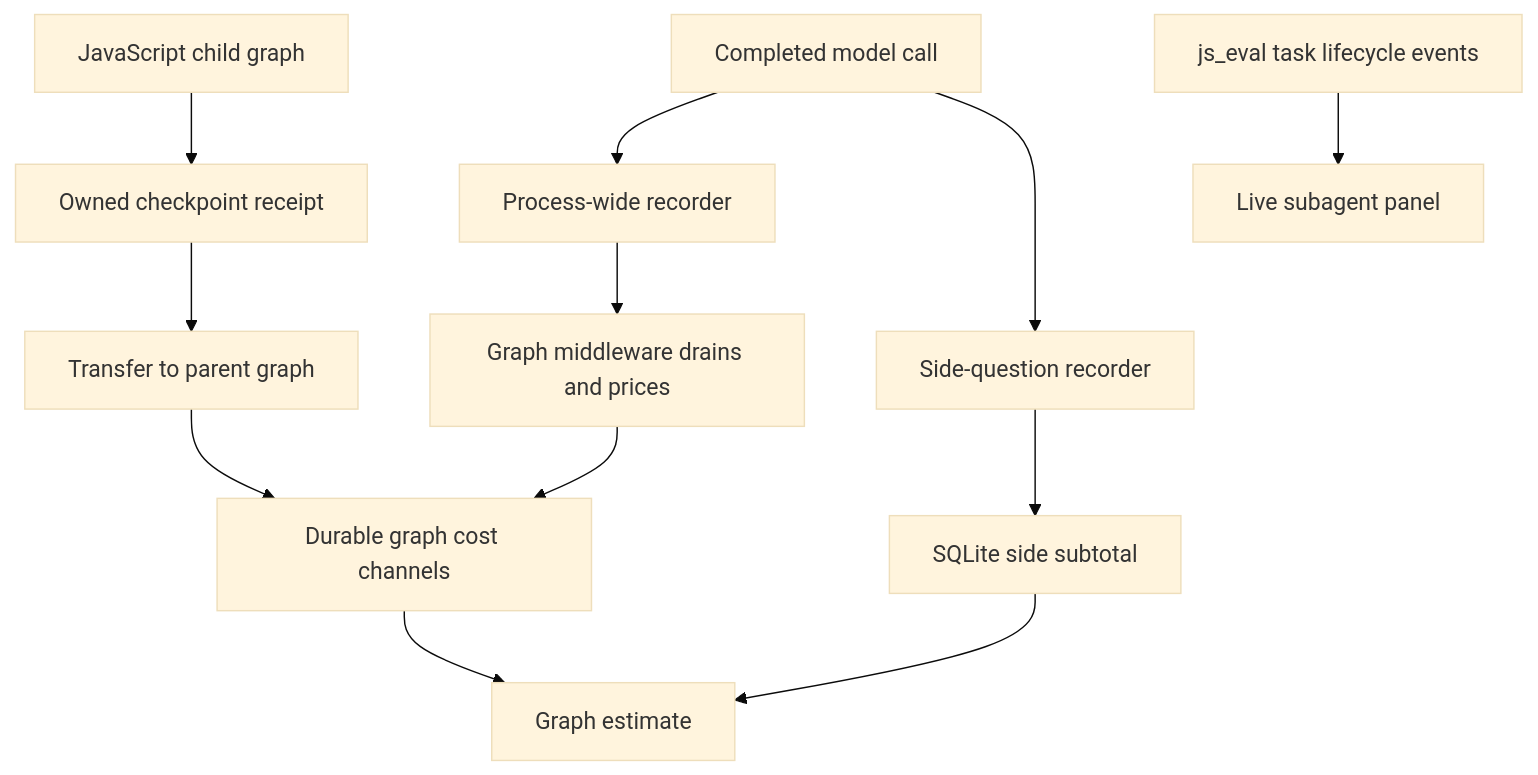
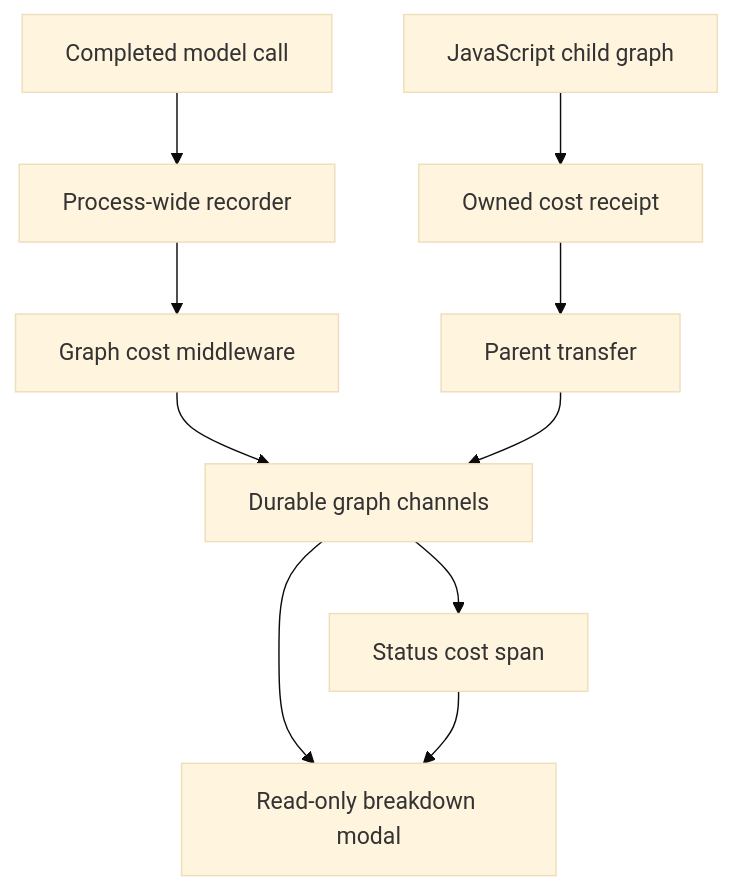
One commit to langchain-ai/deepagents changed the first of 2 diagrams in openwiki/operations/cost-and-sessions.md. Above: the diagram before and after it, drawn with Mermaid (base theme). The commit also changed other lines of this file and 15 other files, not shown here.

````diff
--- a/openwiki/operations/cost-and-sessions.md
+++ b/openwiki/operations/cost-and-sessions.md
@@ -72,14 +41,12 @@
 ```mermaid
 flowchart TD
     Call["Completed model call"] --> Recorder["Process-wide recorder"]
-    Recorder --> Middleware["Graph middleware drains and prices"]
-    Middleware --> Checkpoint["Durable graph cost channels"]
-    Child["JavaScript child graph"] --> Receipt["Owned checkpoint receipt"]
-    Receipt --> Transfer["Transfer to parent graph"]
+    Recorder --> Middleware["Graph cost middleware"]
+    Middleware --> Checkpoint["Durable graph channels"]
+    Child["JavaScript child graph"] --> Receipt["Owned cost receipt"]
+    Receipt --> Transfer["Parent transfer"]
     Transfer --> Checkpoint
-    Call --> Side["Side-question recorder"]
-    Side --> SQLite["SQLite side subtotal"]
-    Checkpoint --> Display["Graph estimate"]
-    SQLite --> Display
-    Bridge["js_eval task lifecycle events"] --> Panel["Live subagent panel"]
+    Checkpoint --> Modal["Read-only breakdown modal"]
+    Checkpoint --> Footer["Status cost span"]
+    Footer --> Modal
 ```
````
